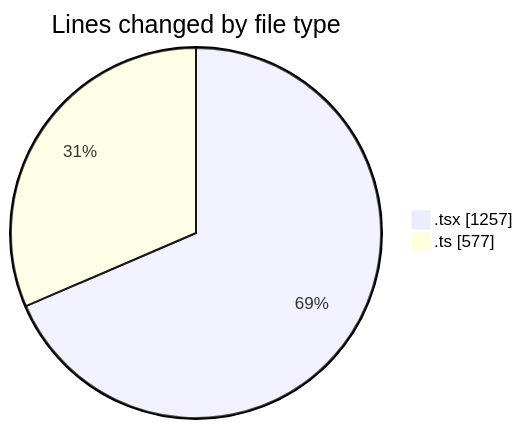
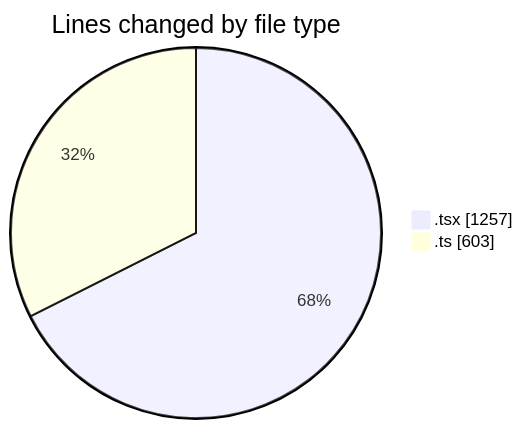
The first of 2 diagrams in 2026-05-03/nxtqube_webapp/README.md (nxtqubesakshisongat/code-tracking), drawn with Mermaid before and after one commit. The commit also changed other lines of this file and 1 other file, not shown here.

````diff
--- a/2026-05-03/nxtqube_webapp/README.md
+++ b/2026-05-03/nxtqube_webapp/README.md
@@ -21,6 +21,6 @@
 ```mermaid
 pie showData
 title Lines changed by file type
 ".tsx" : 1257
-".ts" : 577
+".ts" : 603
 ```
````
